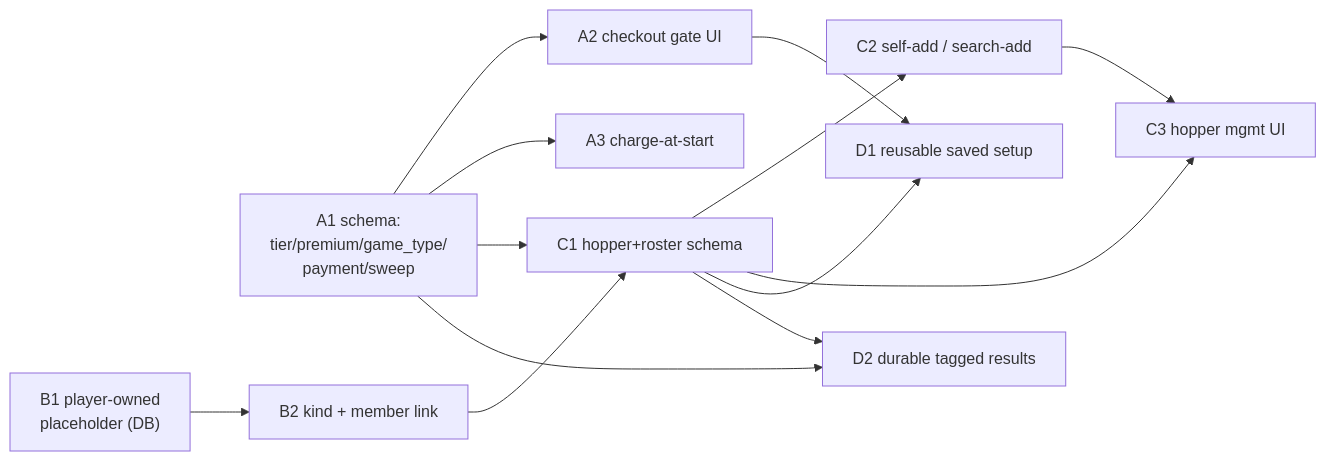
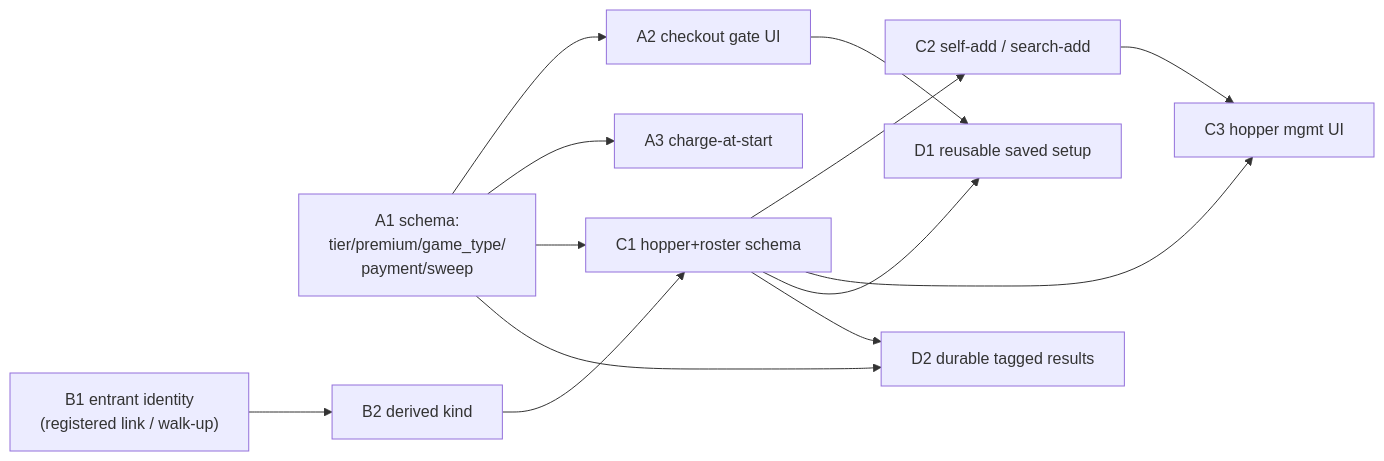
The second of 2 diagrams in docs/plans/2026-09-04-001-feat-tournament-paid-foundation-plan.md (jacked-apps/rackem-leagues), drawn with Mermaid before and after one commit. The commit also changed other lines of this file, not shown here.

First line of the commit message:
docs(tournaments): reshape Phase B — walk-ups are tournament-scoped, not placeholders

````diff
--- a/docs/plans/2026-09-04-001-feat-tournament-paid-foundation-plan.md
+++ b/docs/plans/2026-09-04-001-feat-tournament-paid-foundation-plan.md
@@ -299,15 +322,15 @@
 ```mermaid
 flowchart LR
     A1["A1 schema:<br/>tier/premium/game_type/<br/>payment/sweep"] --> A2["A2 checkout gate UI"]
     A1 --> A3["A3 charge-at-start"]
-    B1["B1 player-owned<br/>placeholder (DB)"] --> B2["B2 kind + member link"]
+    B1["B1 entrant identity<br/>(registered link / walk-up)"] --> B2["B2 derived kind"]
     A1 --> C1["C1 hopper+roster schema"]
     B2 --> C1
     C1 --> C2["C2 self-add / search-add"]
     C1 --> C3["C3 hopper mgmt UI"]
     C2 --> C3
     A2 --> D1["D1 reusable saved setup"]
     C1 --> D1
     A1 --> D2["D2 durable tagged results"]
     C1 --> D2
 ```
````
